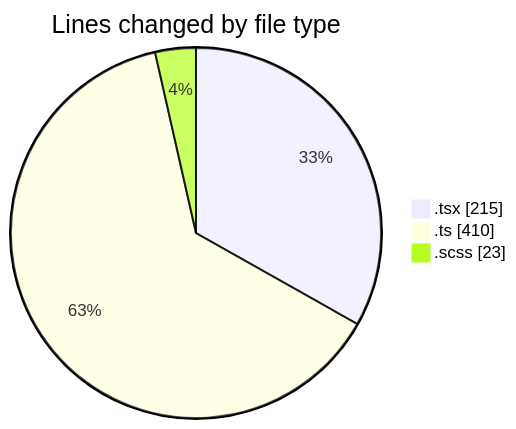
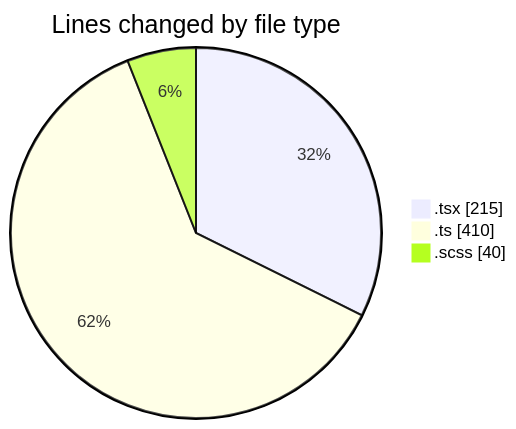
The first of 2 diagrams in 2026-03-26/cda/README.md (momahboobian/code-tracking), drawn with Mermaid before and after one commit. The commit also changed other lines of this file and 1 other file, not shown here.

````diff
--- a/2026-03-26/cda/README.md
+++ b/2026-03-26/cda/README.md
@@ -23,7 +23,7 @@
 ```mermaid
 pie showData
 title Lines changed by file type
 ".tsx" : 215
 ".ts" : 410
-".scss" : 23
+".scss" : 40
 ```
````
